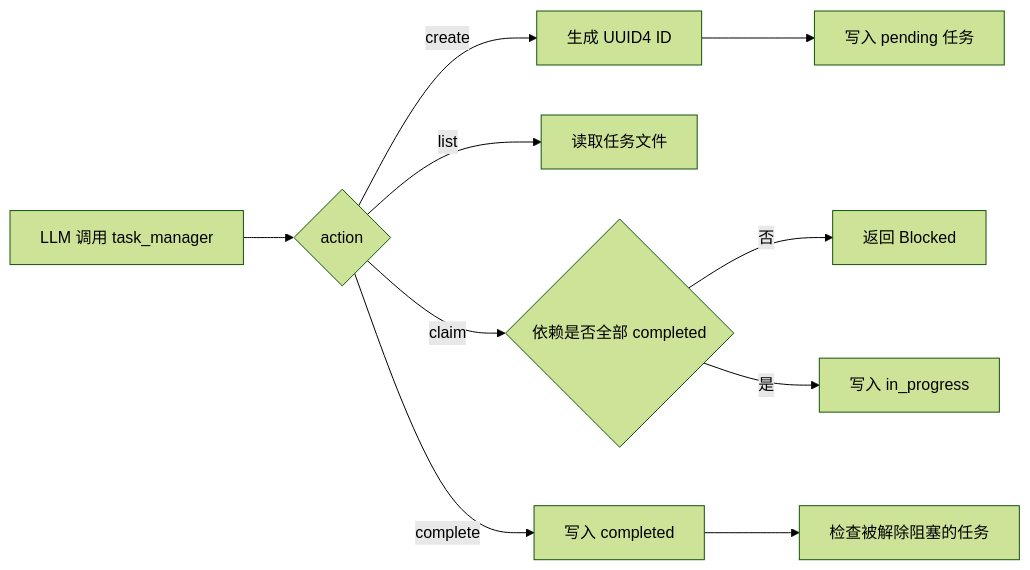
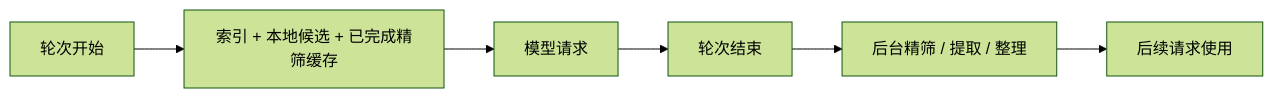
Before and after one commit to Alex-J4096/swe-agent: the fourth of 4 diagrams in docs/ARCHITECTURE.md, drawn with Mermaid (forest theme). The commit also changed other lines of this file and 6 other files, not shown here.

Commit message:
docs: consolidate guides and replace stale behavior with concise diagrams

````diff
--- a/docs/ARCHITECTURE.md
+++ b/docs/ARCHITECTURE.md
@@ -1560,12 +107,8 @@
 ```mermaid
 flowchart LR
-    A[LLM 调用 task_manager] --> B{action}
-    B -->|create| C[生成 UUID4 ID]
-    C --> D[写入 pending 任务]
-    B -->|list| E[读取任务文件]
-    B -->|claim| F{依赖是否全部 completed}
-    F -->|否| G[返回 Blocked]
-    F -->|是| H[写入 in_progress]
-    B -->|complete| I[写入 completed]
-    I --> J[检查被解除阻塞的任务]
+    A[轮次开始] --> B[索引 + 本地候选 + 已完成精筛缓存]
+    B --> C[模型请求]
+    C --> D[轮次结束]
+    D --> E[后台精筛 / 提取 / 整理]
+    E --> F[后续请求使用]
 ```
````
